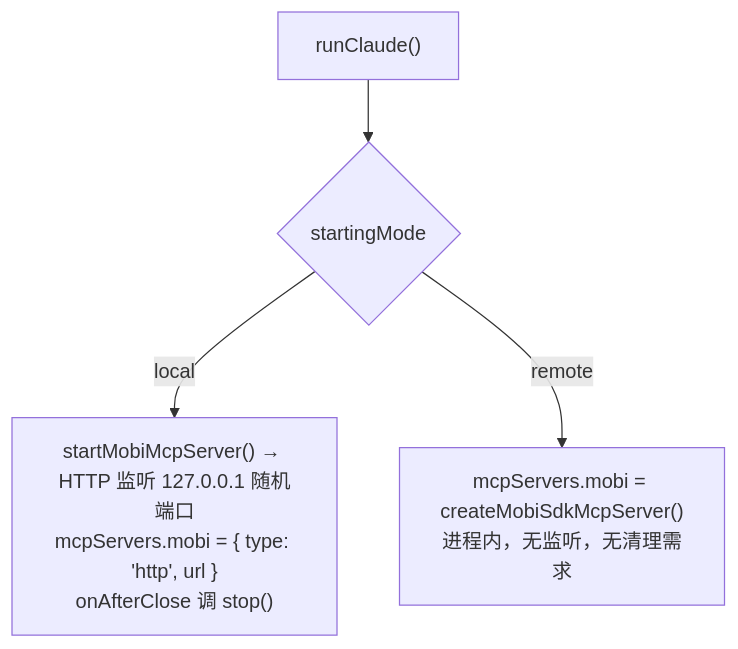
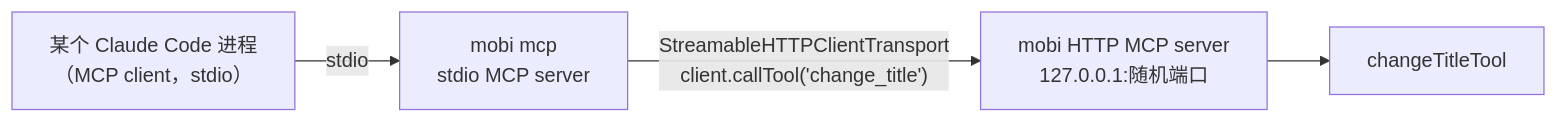
Before and after one commit to ModuBit/mobi: the diagram in docs/architecture/cli/commands/mcp/README.md, drawn with Mermaid. The commit also changed other lines of this file and 2 other files, not shown here.

First line of the commit message:
docs: 补 packages/cli/src/mcp/ 模块架构文档

````diff
--- a/docs/architecture/cli/commands/mcp/README.md
+++ b/docs/architecture/cli/commands/mcp/README.md
@@ -67,6 +7,6 @@
 ```mermaid
-flowchart TB
-    Start["runClaude()"] --> Branch{"startingMode"}
-    Branch -->|"local"| Local["startMobiMcpServer() → HTTP 监听 127.0.0.1 随机端口<br/>mcpServers.mobi = { type: 'http', url }<br/>onAfterClose 调 stop()"]
-    Branch -->|"remote"| Remote["mcpServers.mobi = createMobiSdkMcpServer()<br/>进程内，无监听，无清理需求"]
+flowchart LR
+    CC["某个 Claude Code 进程<br/>（MCP client，stdio）"] -->|"stdio"| Bridge["mobi mcp<br/>stdio MCP server"]
+    Bridge -->|"StreamableHTTPClientTransport<br/>client.callTool('change_title')"| HTTP["mobi HTTP MCP server<br/>127.0.0.1:随机端口"]
+    HTTP --> Core["changeTitleTool"]
 ```
````
